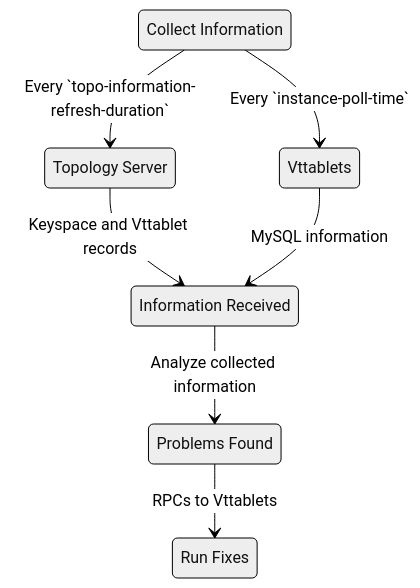
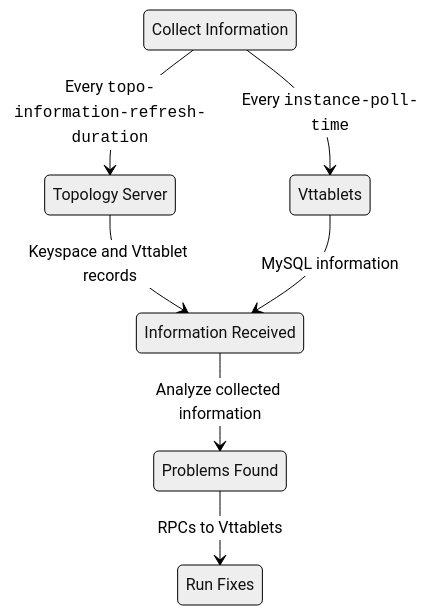
Before and after one commit to twthorn/website: the diagram in content/en/docs/archive/18.0/reference/vtorc/architecture.md, drawn with Mermaid (neutral theme). The commit also changed 7 other files, not shown here.

Commit message:
Backticks error out in mermaid rendering (#1916)

````diff
--- a/content/en/docs/archive/18.0/reference/vtorc/architecture.md
+++ b/content/en/docs/archive/18.0/reference/vtorc/architecture.md
@@ -15,16 +15,16 @@
 ```mermaid
 stateDiagram-v2
   start: Collect Information
   topoServer: Topology Server
   vttablets: Vttablets
   infoCollected: Information Received
   problems: Problems Found
   fixes: Run Fixes
   
-  start --> topoServer: Every `topo-information-refresh-duration`
-  start --> vttablets: Every `instance-poll-time`
+  start --> topoServer: Every <code>topo-information-refresh-duration</code>
+  start --> vttablets: Every <code>instance-poll-time</code>
   topoServer --> infoCollected: Keyspace and Vttablet records
   vttablets --> infoCollected: MySQL information
   infoCollected --> problems: Analyze collected information
   problems --> fixes: RPCs to Vttablets
 ```
````
